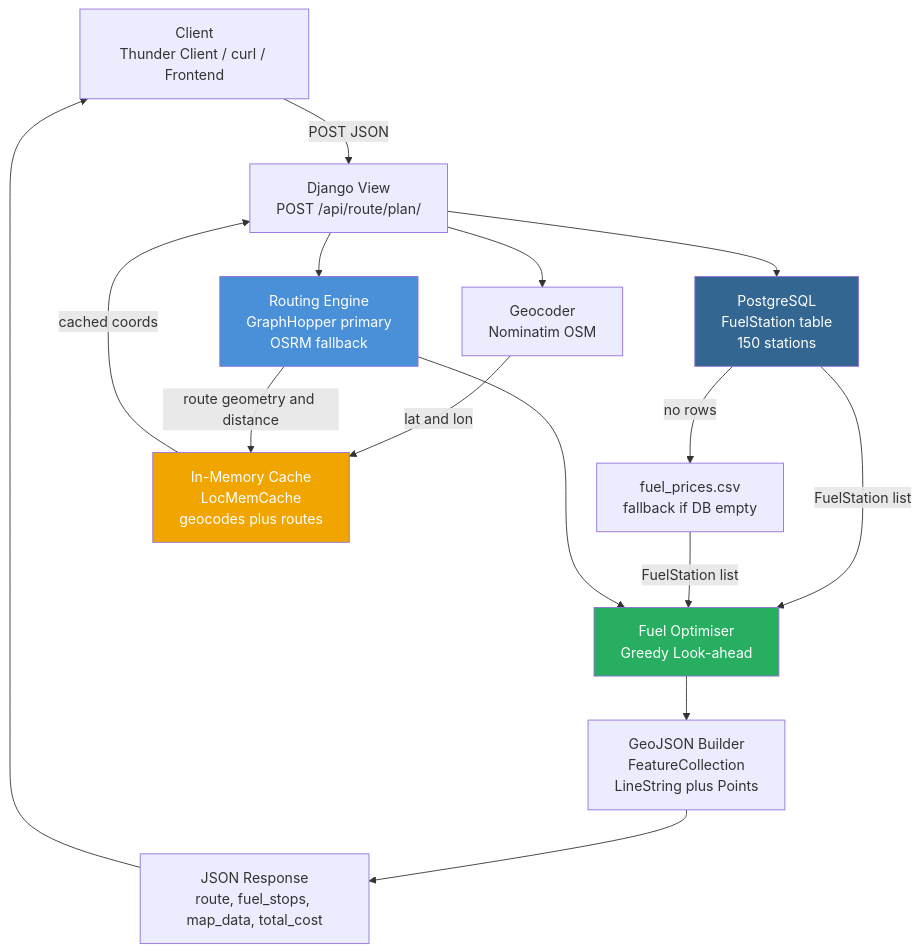
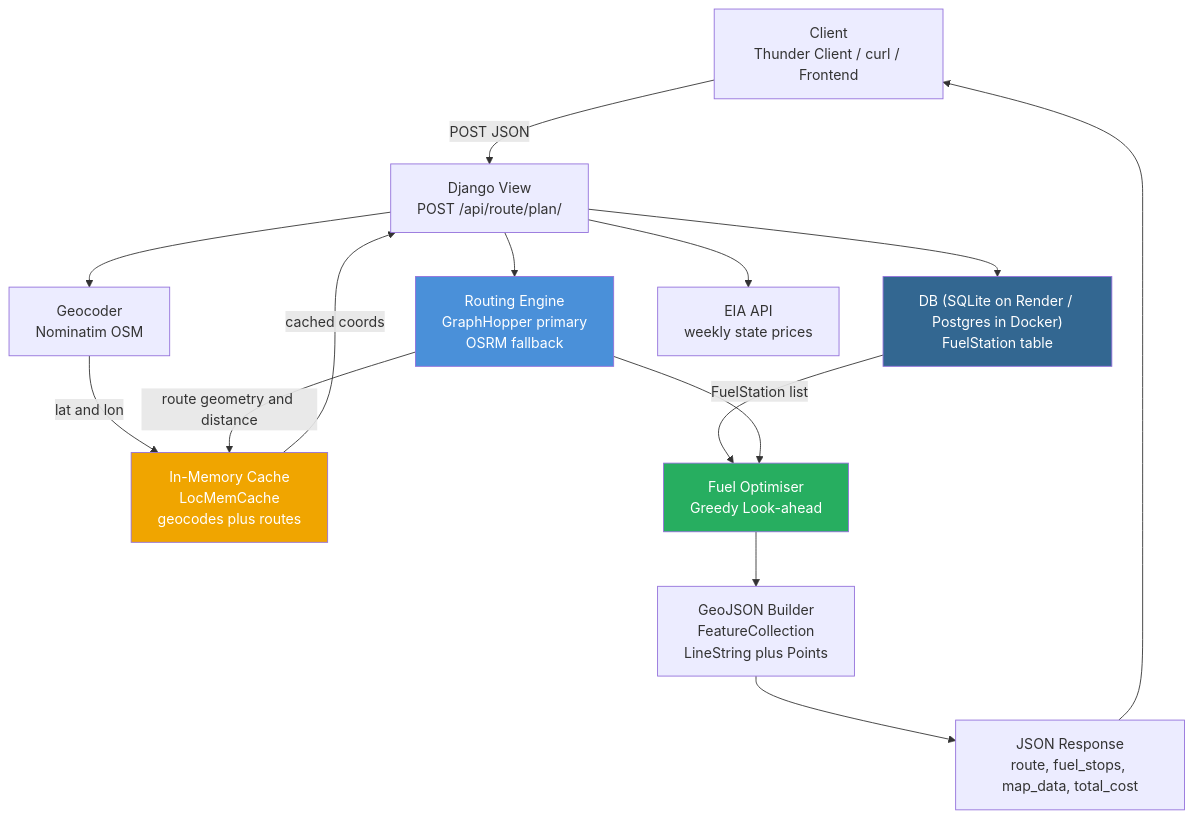
The first of 5 diagrams in README.md (Kira714/django-api), drawn with Mermaid before and after one commit. The commit also changed other lines of this file and 13 other files, not shown here.

First line of the commit message:
feat: switch to JSON stations, EIA pricing sync, and optional vehicle config

````diff
--- a/README.md
+++ b/README.md
@@ -37,33 +37,32 @@
 ```mermaid
 graph TD
     Client["Client\nThunder Client / curl / Frontend"]
     View["Django View\nPOST /api/route/plan/"]
     Geocoder["Geocoder\nNominatim OSM"]
     Router["Routing Engine\nGraphHopper primary\nOSRM fallback"]
-    DB["PostgreSQL\nFuelStation table\n150 stations"]
-    CSV["fuel_prices.csv\nfallback if DB empty"]
+    DB["DB (SQLite on Render / Postgres in Docker)\nFuelStation table"]
+    EIA["EIA API\nweekly state prices"]
     Cache["In-Memory Cache\nLocMemCache\ngeocodes plus routes"]
     Optimizer["Fuel Optimiser\nGreedy Look-ahead"]
     GeoJSON["GeoJSON Builder\nFeatureCollection\nLineString plus Points"]
     Response["JSON Response\nroute, fuel_stops, map_data, total_cost"]
 
     Client -->|POST JSON| View
     View --> Geocoder
     Geocoder -->|lat and lon| Cache
     Cache -->|cached coords| View
     View --> Router
     Router -->|route geometry and distance| Cache
     View --> DB
-    DB -->|no rows| CSV
+    View --> EIA
     DB -->|FuelStation list| Optimizer
-    CSV -->|FuelStation list| Optimizer
     Router --> Optimizer
     Optimizer --> GeoJSON
     GeoJSON --> Response
     Response --> Client
 
     style Router fill:#4A90D9,color:#fff
     style DB fill:#336791,color:#fff
     style Cache fill:#f0a500,color:#fff
     style Optimizer fill:#27ae60,color:#fff
 ```
````
